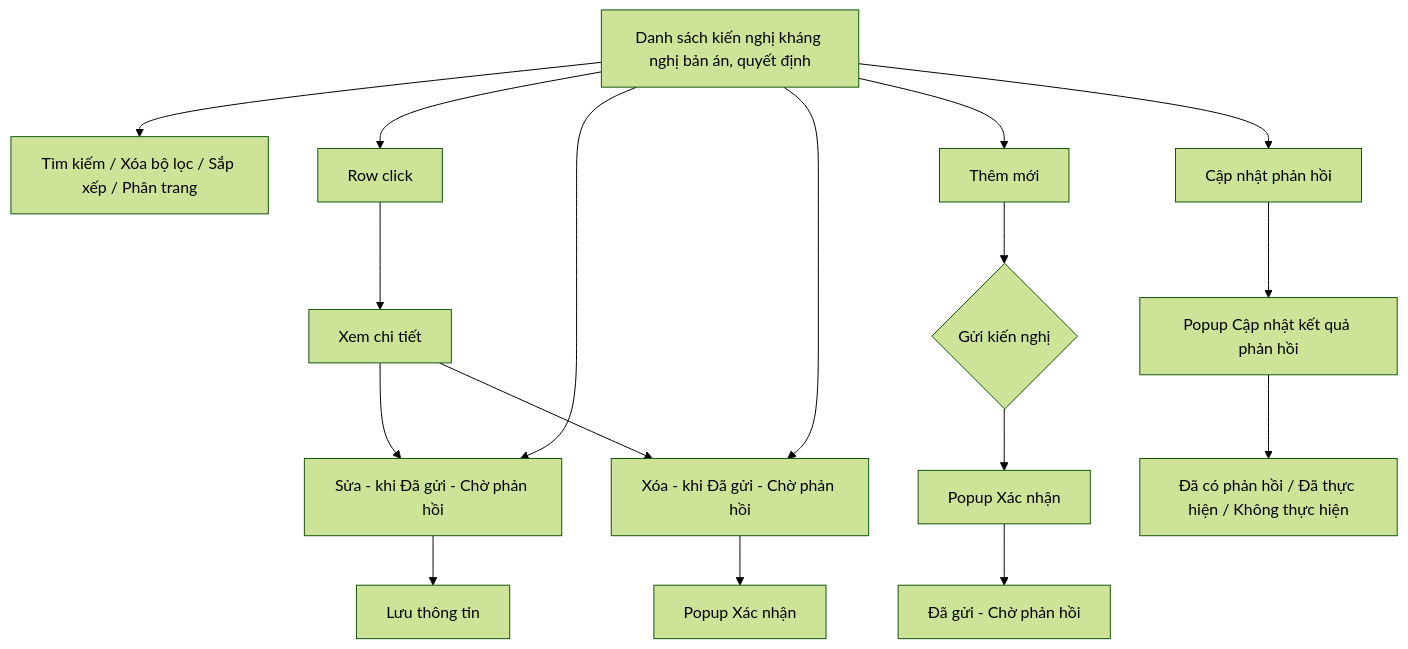
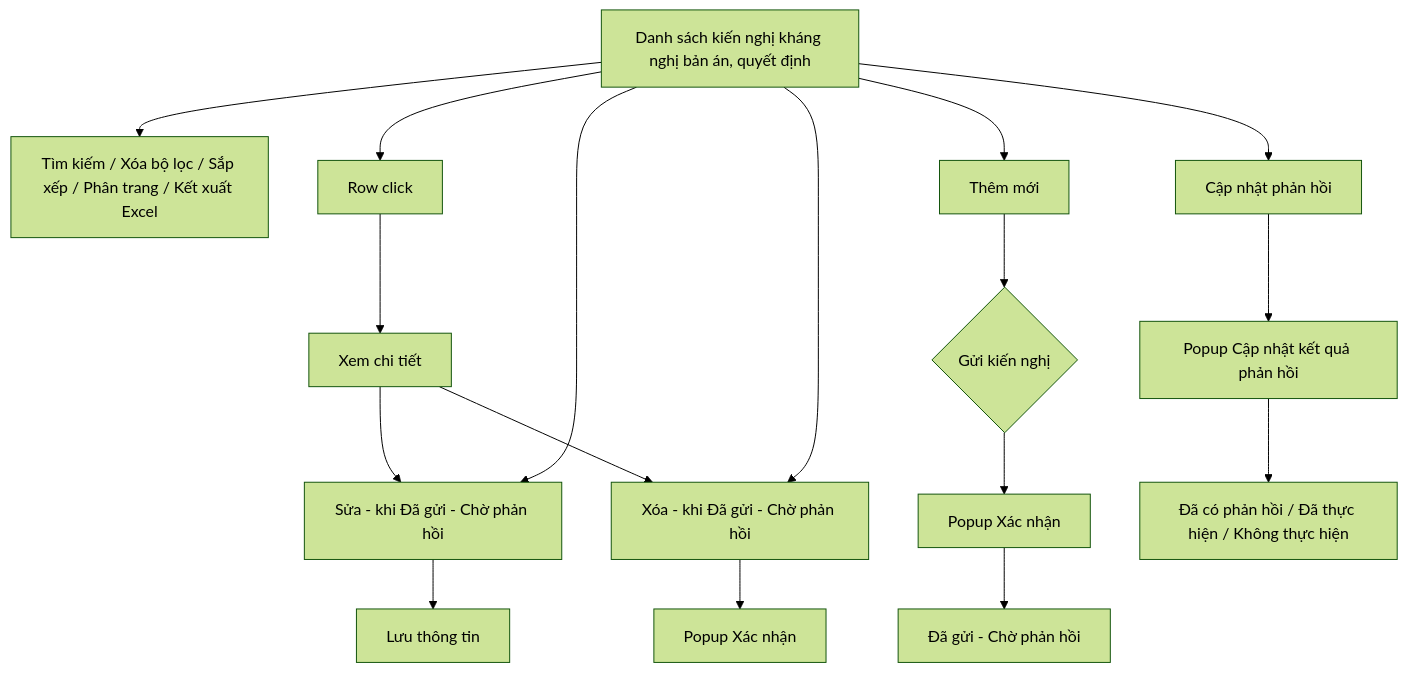
The diagram in Tai_lieu_SRS/03_Website_Quan_tri/03_Cong_tac_boi_thuong/SRS_BTNN_STP_KienNghi_KhangNghi_BanAn.md (huyendt2007/BPBD_UI), drawn with Mermaid (forest theme) before and after one commit. The commit also changed other lines of this file and 155 other files, not shown here.

First line of the commit message:
feat(btnn): Kết xuất Excel 16 module, Tài liệu đính kèm, Bị trả lại, E-Form DVC

````diff
--- a/Tai_lieu_SRS/03_Website_Quan_tri/03_Cong_tac_boi_thuong/SRS_BTNN_STP_KienNghi_KhangNghi_BanAn.md
+++ b/Tai_lieu_SRS/03_Website_Quan_tri/03_Cong_tac_boi_thuong/SRS_BTNN_STP_KienNghi_KhangNghi_BanAn.md
@@ -29,13 +29,13 @@
 ```mermaid
 flowchart TD
-    A[Danh sách kiến nghị kháng nghị bản án, quyết định] --> B[Tìm kiếm / Xóa bộ lọc / Sắp xếp / Phân trang]
+    A[Danh sách kiến nghị kháng nghị bản án, quyết định] --> B[Tìm kiếm / Xóa bộ lọc / Sắp xếp / Phân trang / Kết xuất Excel]
     A --> G[Row click] --> K[Xem chi tiết]
     K --> E
     K --> F
     A --> C[Thêm mới] --> S{Gửi kiến nghị}
     S --> X1[Popup Xác nhận] --> W["Đã gửi - Chờ phản hồi"]
     A --> E[Sửa - khi Đã gửi - Chờ phản hồi] --> D[Lưu thông tin]
     A --> F[Xóa - khi Đã gửi - Chờ phản hồi] --> X2[Popup Xác nhận]
     A --> R[Cập nhật phản hồi] --> P[Popup Cập nhật kết quả phản hồi]
     P --> R1["Đã có phản hồi / Đã thực hiện / Không thực hiện"]
 ```
````
